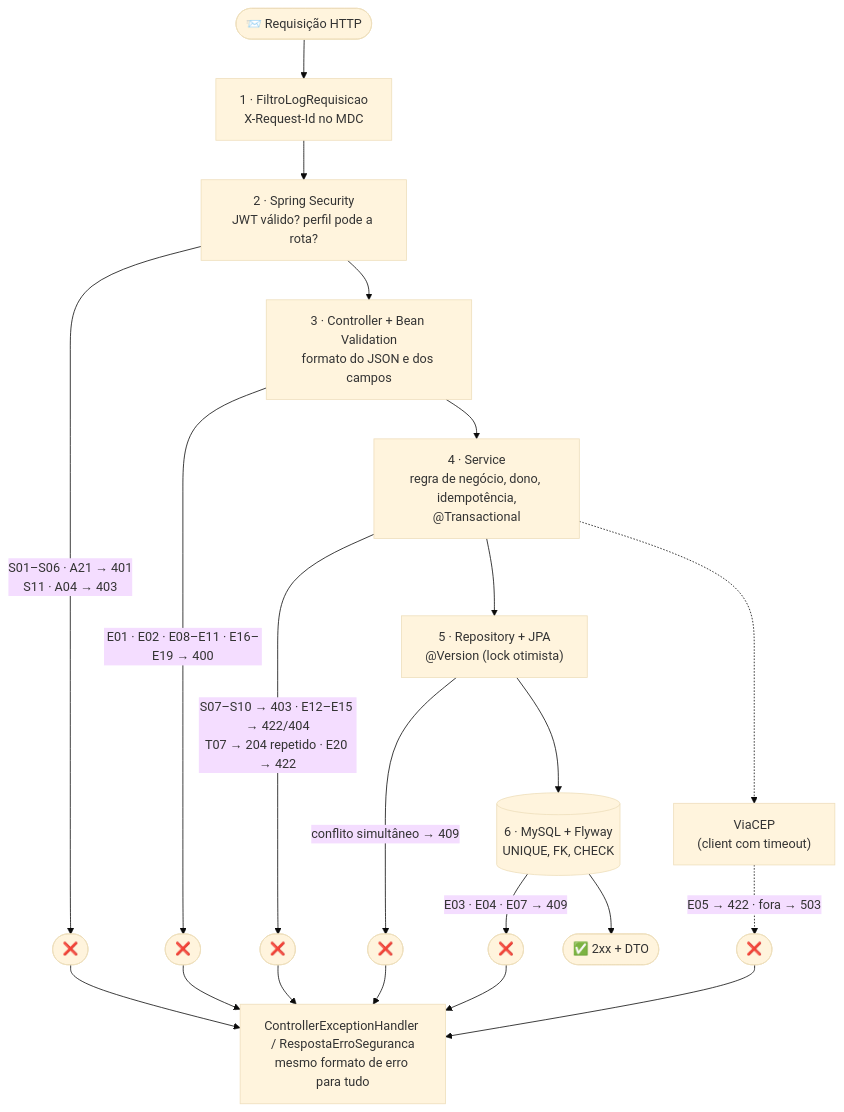
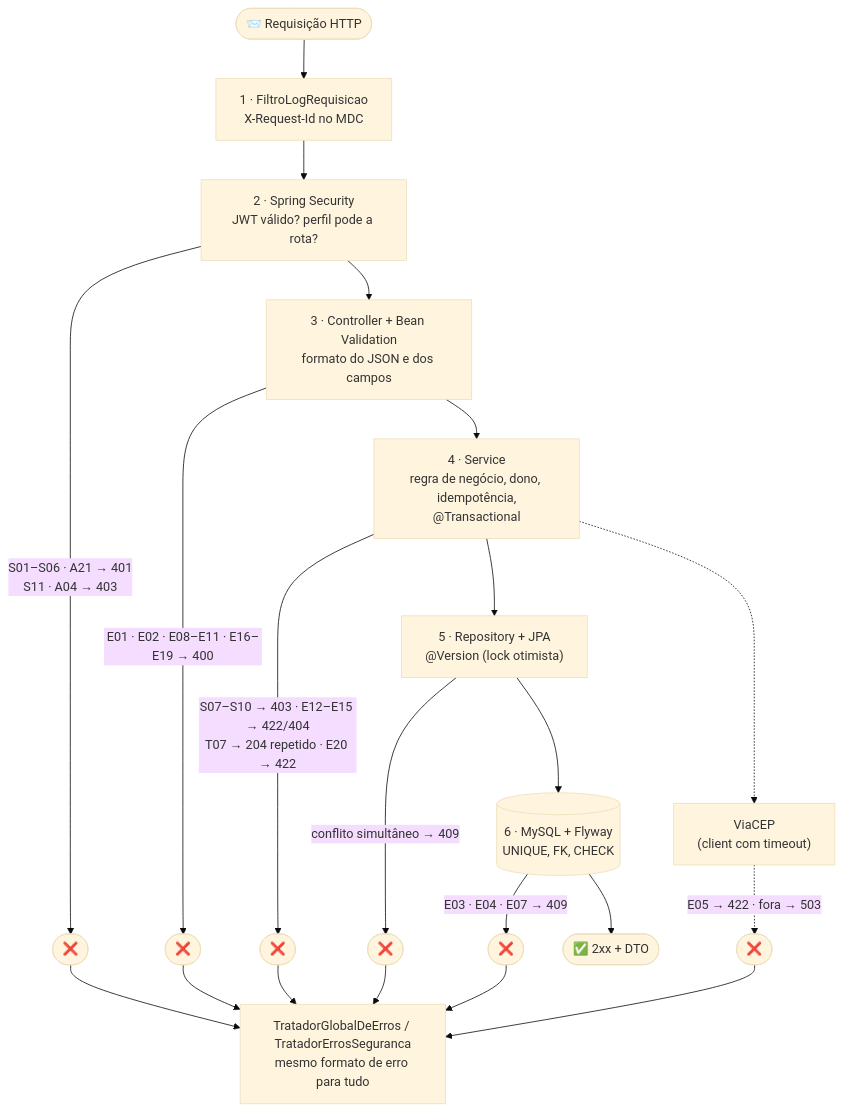
Before and after one commit to k3vinrich4rd/rkf_bank: the fourth of 5 diagrams in backend/README_TESTES_E2E.md, drawn with Mermaid (base theme). The commit also changed other lines of this file and 12 other files, not shown here.

````diff
--- a/backend/README_TESTES_E2E.md
+++ b/backend/README_TESTES_E2E.md
@@ -440,17 +440,17 @@
 ```mermaid
 flowchart TB
     REQ(["📨 Requisição HTTP"]) --> F1
     F1["1 · FiltroLogRequisicao<br/>X-Request-Id no MDC"] --> F2
     F2["2 · Spring Security<br/>JWT válido? perfil pode a rota?"] -->|"S01–S06 · A21 → 401<br/>S11 · A04 → 403"| X1(["❌"])
     F2 --> F3
     F3["3 · Controller + Bean Validation<br/>formato do JSON e dos campos"] -->|"E01 · E02 · E08–E11 · E16–E19 → 400"| X2(["❌"])
     F3 --> F4
     F4["4 · Service<br/>regra de negócio, dono, idempotência,<br/>@Transactional"] -->|"S07–S10 → 403 · E12–E15 → 422/404<br/>T07 → 204 repetido · E20 → 422"| X3(["❌"])
     F4 --> F5
     F5["5 · Repository + JPA<br/>@Version (lock otimista)"] -->|"conflito simultâneo → 409"| X4(["❌"])
     F5 --> F6
     F6[("6 · MySQL + Flyway<br/>UNIQUE, FK, CHECK")] -->|"E03 · E04 · E07 → 409"| X5(["❌"])
     F4 -.-> V["ViaCEP<br/>(client com timeout)"] -.->|"E05 → 422 · fora → 503"| X6(["❌"])
-    X1 & X2 & X3 & X4 & X5 & X6 --> EH["ControllerExceptionHandler / RespostaErroSeguranca<br/>mesmo formato de erro para tudo"]
+    X1 & X2 & X3 & X4 & X5 & X6 --> EH["TratadorGlobalDeErros / TratadorErrosSeguranca<br/>mesmo formato de erro para tudo"]
     F6 --> OK(["✅ 2xx + DTO"])
 ```
````
